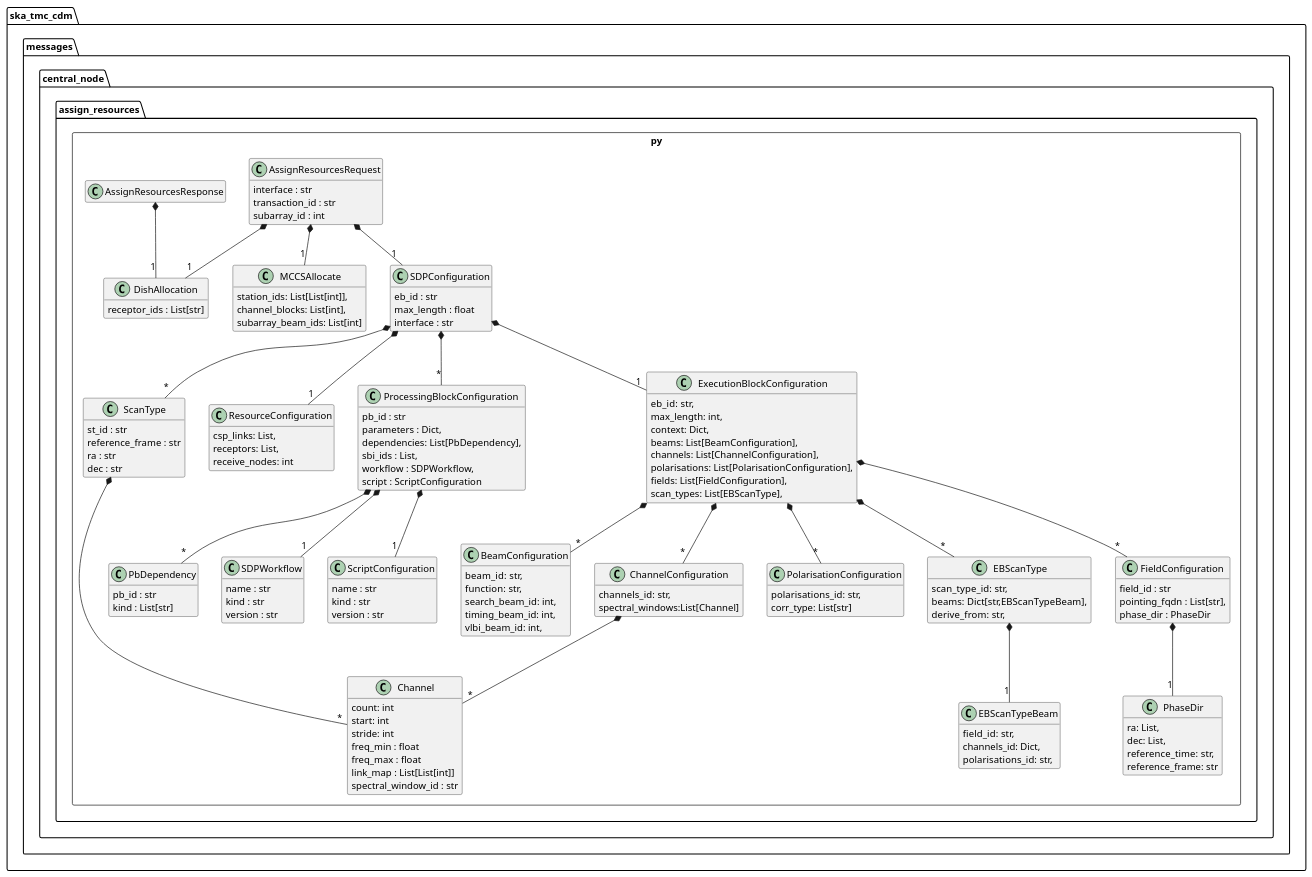
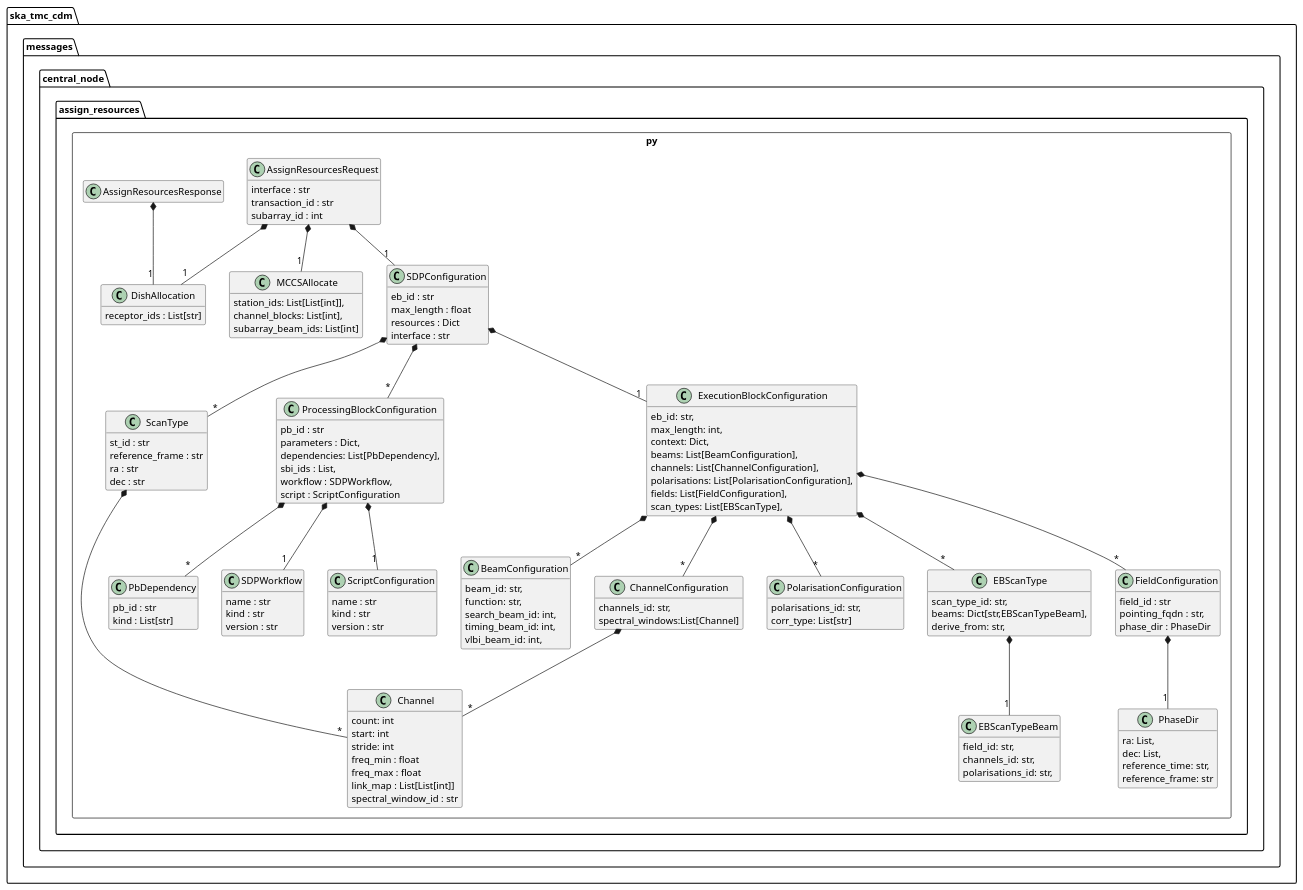
Before and after one commit to ska-telescope/cdm-shared-library: the diagram in docs/src/developer/centralnode/assignresources.puml, drawn with PlantUML. The commit also changed 8 other files, not shown here.

Commit message:
NAK-111 Change the Datatype of Resources and removed ResourceConfiguration from messages and schema

```diff
--- a/docs/src/developer/centralnode/assignresources.puml
+++ b/docs/src/developer/centralnode/assignresources.puml
@@ -1,154 +1,150 @@
 @startuml
 hide empty members
 
 package ska_tmc_cdm.messages.central_node {
     package assign_resources.py <<Rectangle>> {
         class DishAllocation {
             receptor_ids : List[str]
         }
 
         class MCCSAllocate {
             station_ids: List[List[int]],
             channel_blocks: List[int],
             subarray_beam_ids: List[int]
         }
 
         class Channel {
             count: int
             start: int
             stride: int
             freq_min : float
             freq_max : float
             link_map : List[List[int]]
             spectral_window_id : str
         }
 
         class ScanType {
             st_id : str
             reference_frame : str
             ra : str
             dec : str
         }
         ScanType *-- "*" Channel
 
         class PbDependency {
             pb_id : str
             kind : List[str]
         }
-         class ResourceConfiguration {
-            csp_links: List, 
-            receptors: List,
-            receive_nodes: int
-        }
+
 
         class PhaseDir {
             ra: List,
             dec: List, 
             reference_time: str, 
             reference_frame: str
         }
         class BeamConfiguration {
             beam_id: str,
             function: str,
             search_beam_id: int,
             timing_beam_id: int,
             vlbi_beam_id: int,
         }
         class ChannelConfiguration {
             channels_id: str,
             spectral_windows:List[Channel] 
         }
         ChannelConfiguration  *-- "*" Channel
 
         class PolarisationConfiguration {
             polarisations_id: str,
             corr_type: List[str]  
         }
         class EBScanTypeBeam {
             field_id: str,
-            channels_id: Dict, 
+            channels_id: str,
             polarisations_id: str, 
         }
         class EBScanType {
             scan_type_id: str,
             beams: Dict[str,EBScanTypeBeam],
             derive_from: str, 
         }
         EBScanType  *-- "1" EBScanTypeBeam
 
         class FieldConfiguration {
             field_id : str
-            pointing_fqdn : List[str],
+            pointing_fqdn : str,
             phase_dir : PhaseDir
         }
 
         FieldConfiguration  *-- "1" PhaseDir
 
         class SDPWorkflow {
             name : str
             kind : str
             version : str
         }
         
         class ScriptConfiguration {
             name : str
             kind : str
             version : str
         }
 
         class ProcessingBlockConfiguration {
             pb_id : str
             parameters : Dict,
             dependencies: List[PbDependency],
             sbi_ids : List,
             workflow : SDPWorkflow,
             script : ScriptConfiguration
         }
         ProcessingBlockConfiguration  *-- "1" SDPWorkflow
         ProcessingBlockConfiguration  *-- "*" PbDependency
         ProcessingBlockConfiguration  *-- "1" ScriptConfiguration
 
         class ExecutionBlockConfiguration {
             eb_id: str,
             max_length: int,
             context: Dict,
             beams: List[BeamConfiguration],
             channels: List[ChannelConfiguration],
             polarisations: List[PolarisationConfiguration],
             fields: List[FieldConfiguration],
             scan_types: List[EBScanType],
         }
 
         ExecutionBlockConfiguration  *-- "*" BeamConfiguration
         ExecutionBlockConfiguration  *-- "*" ChannelConfiguration
         ExecutionBlockConfiguration  *-- "*" PolarisationConfiguration
         ExecutionBlockConfiguration  *-- "*" FieldConfiguration
         ExecutionBlockConfiguration  *-- "*" EBScanType
 
 
         class SDPConfiguration {
             eb_id : str
             max_length : float
+            resources : Dict
             interface : str
         }
         SDPConfiguration *-- "*" ScanType
         SDPConfiguration *-- "*" ProcessingBlockConfiguration
         SDPConfiguration *-- "1" ExecutionBlockConfiguration
-        SDPConfiguration *-- "1" ResourceConfiguration
 
         class AssignResourcesRequest {
             interface : str
             transaction_id : str
             subarray_id : int
         }
 
         AssignResourcesRequest *-- "1" DishAllocation
         AssignResourcesRequest *-- "1" MCCSAllocate
         AssignResourcesRequest *-- "1" SDPConfiguration
 
         class AssignResourcesResponse
         AssignResourcesResponse *-- "1" DishAllocation
 	}
 }
 
 @enduml
```
